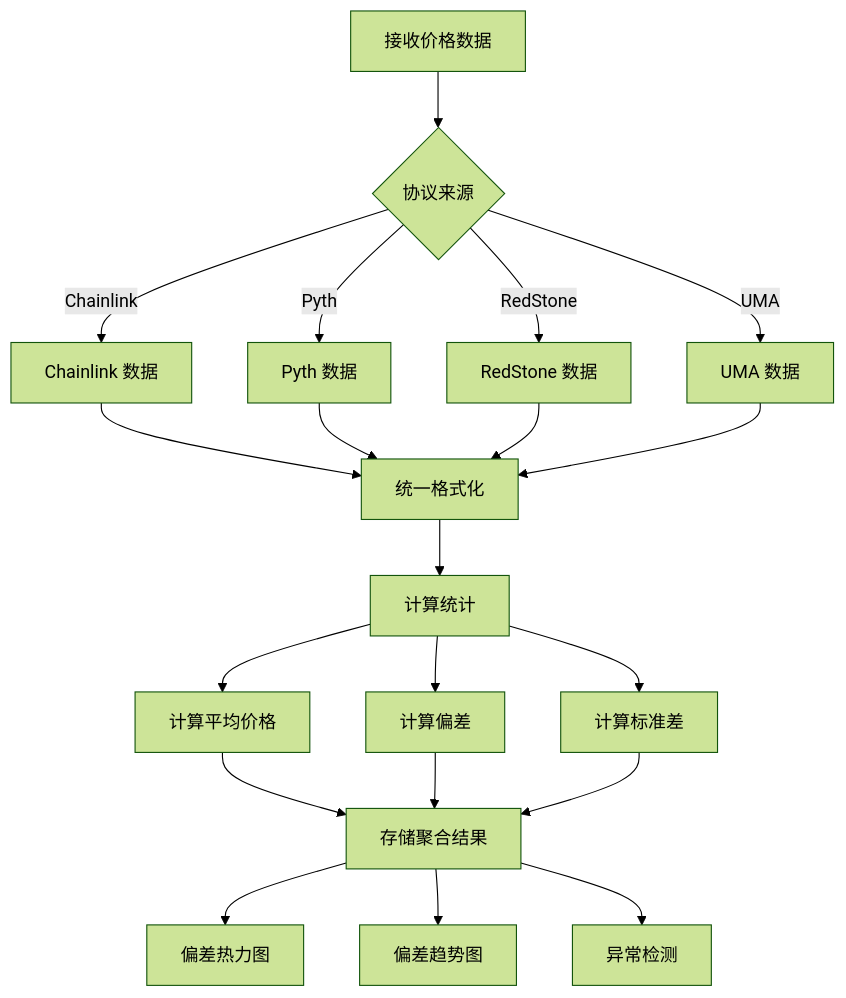
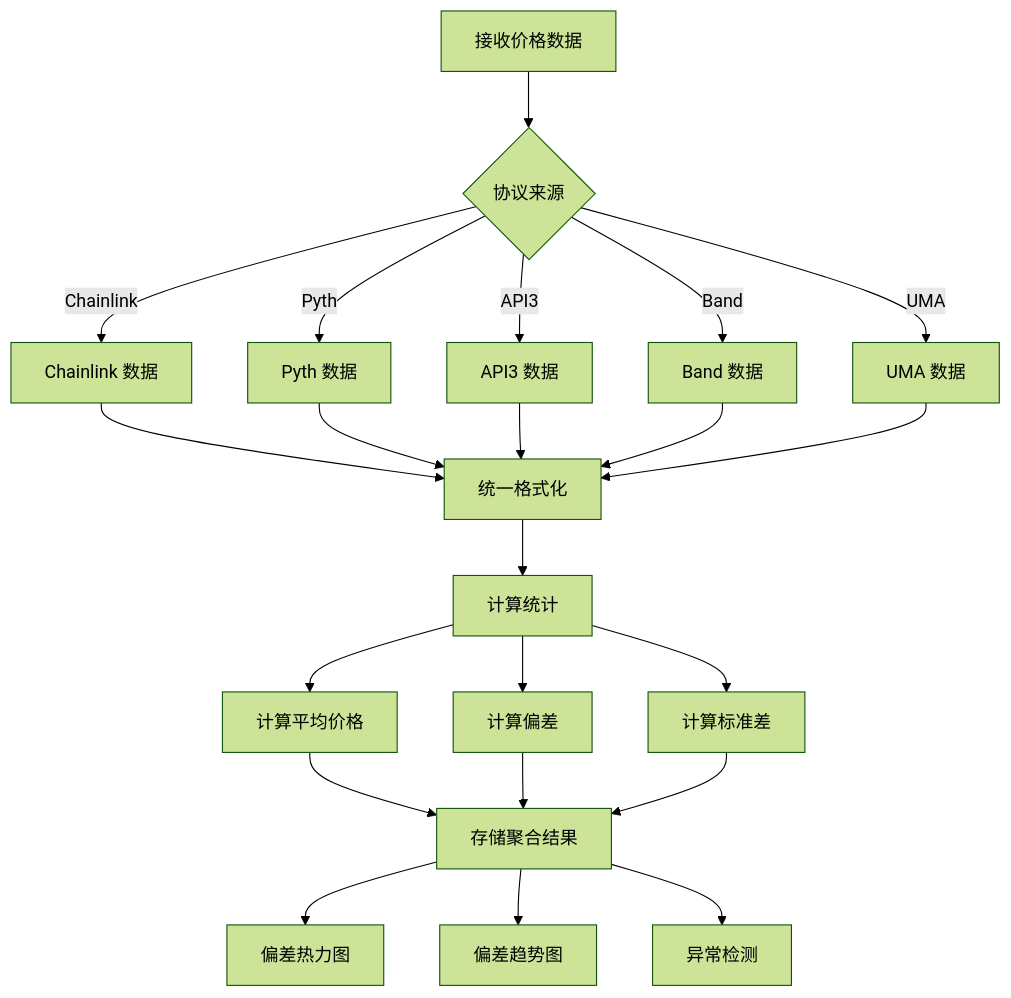
The second of 4 diagrams in docs/architecture/data-flow.md (imokokok/Insight-beta), drawn with Mermaid (forest theme) before and after one commit. The commit also changed other lines of this file and 254 other files, not shown here.

````diff
--- a/docs/architecture/data-flow.md
+++ b/docs/architecture/data-flow.md
@@ -100,27 +100,29 @@
 ```mermaid
 flowchart TD
     A[接收价格数据] --> B{协议来源}
     B -->|Chainlink| C1[Chainlink 数据]
     B -->|Pyth| C2[Pyth 数据]
-    B -->|RedStone| C3[RedStone 数据]
-    B -->|UMA| C4[UMA 数据]
+    B -->|API3| C3[API3 数据]
+    B -->|Band| C4[Band 数据]
+    B -->|UMA| C5[UMA 数据]
 
     C1 --> D[统一格式化]
     C2 --> D
     C3 --> D
     C4 --> D
+    C5 --> D
 
     D --> E[计算统计]
 
     E --> F1[计算平均价格]
     E --> F2[计算偏差]
     E --> F3[计算标准差]
 
     F1 --> G[存储聚合结果]
     F2 --> G
     F3 --> G
 
     G --> H[偏差热力图]
     G --> I[偏差趋势图]
     G --> J[异常检测]
 ```
````
